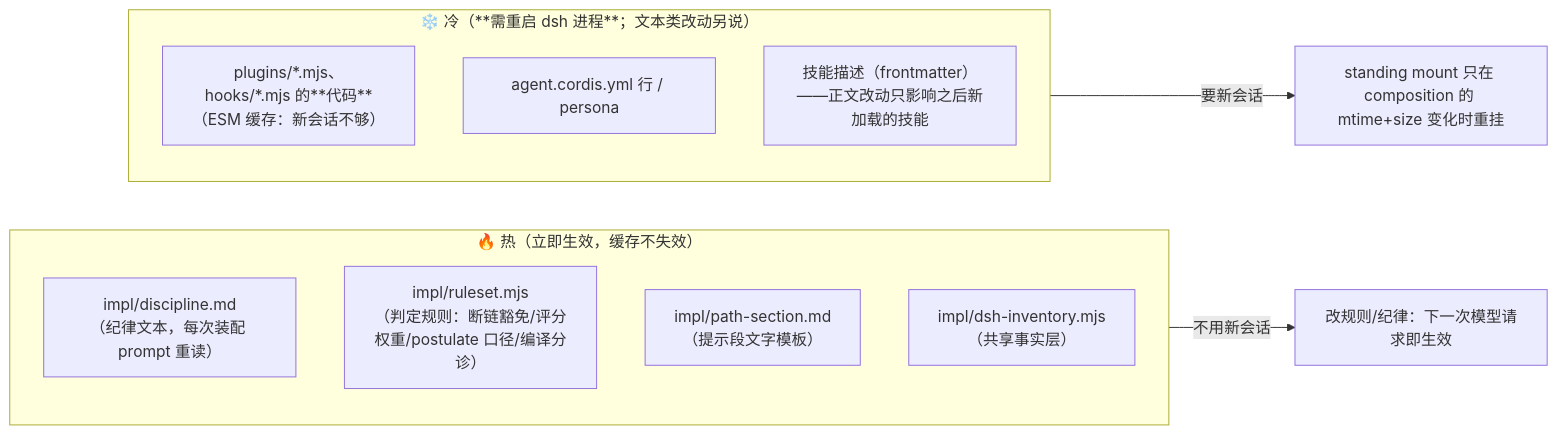
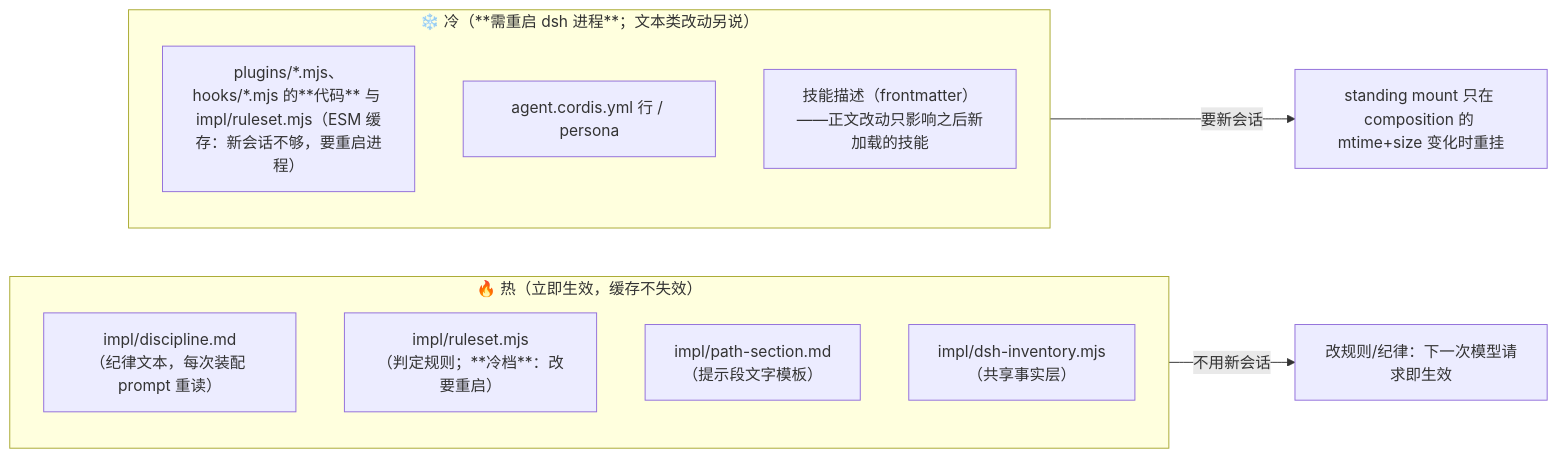
Before and after one commit to clearnature/dsh-math-proof: the second of 2 diagrams in math-proof/docs/maps/M5-lifecycle.md, drawn with Mermaid. The commit also changed 11 other files, not shown here.

````diff
--- a/math-proof/docs/maps/M5-lifecycle.md
+++ b/math-proof/docs/maps/M5-lifecycle.md
@@ -53,16 +53,16 @@
 ```mermaid
 graph LR
   subgraph HOT["🔥 热（立即生效，缓存不失效）"]
     H1["impl/discipline.md<br/>（纪律文本，每次装配 prompt 重读）"]
-    H2["impl/ruleset.mjs<br/>（判定规则：断链豁免/评分权重/postulate 口径/编译分诊）"]
+    H2["impl/ruleset.mjs<br/>（判定规则；**冷档**：改要重启）"]
     H2b["impl/path-section.md<br/>（提示段文字模板）"]
     H3["impl/dsh-inventory.mjs<br/>（共享事实层）"]
   end
   subgraph COLD["❄️ 冷（**需重启 dsh 进程**；文本类改动另说）"]
-    C1["plugins/*.mjs、hooks/*.mjs 的**代码**（ESM 缓存：新会话不够）"]
+    C1["plugins/*.mjs、hooks/*.mjs 的**代码** 与 impl/ruleset.mjs（ESM 缓存：新会话不够，要重启进程）"]
     C2["agent.cordis.yml 行 / persona"]
     C3["技能描述（frontmatter）——正文改动只影响之后新加载的技能"]
   end
   HOT -->|不用新会话| OK1["改规则/纪律：下一次模型请求即生效"]
   COLD -->|要新会话| OK2["standing mount 只在 composition 的 mtime+size 变化时重挂"]
 ```
````
